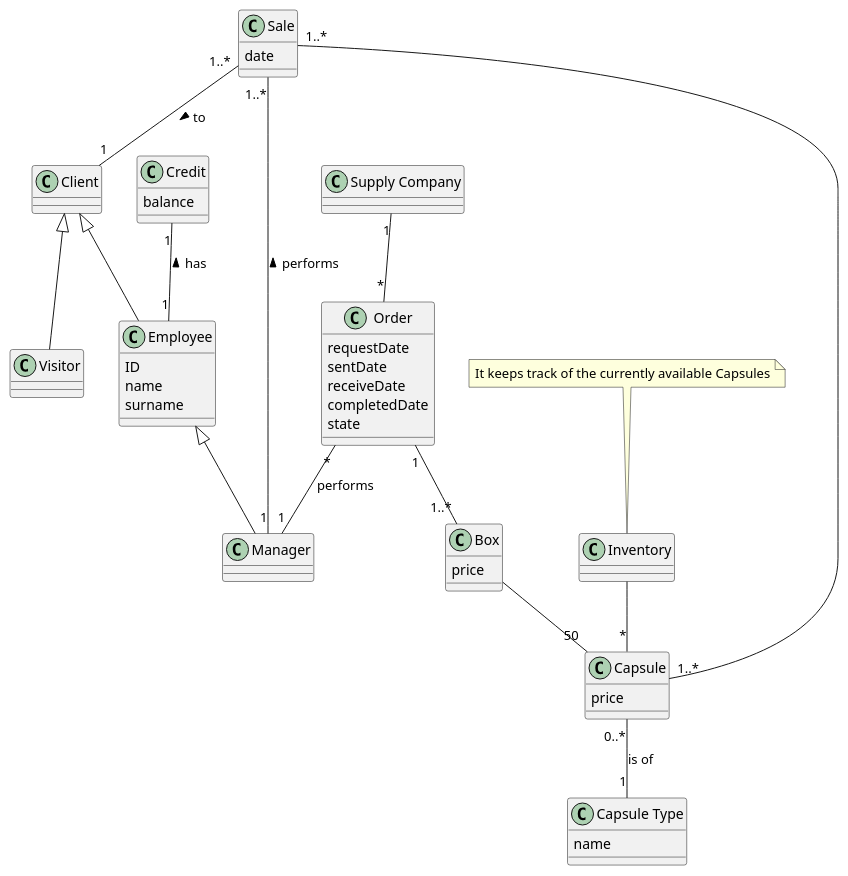
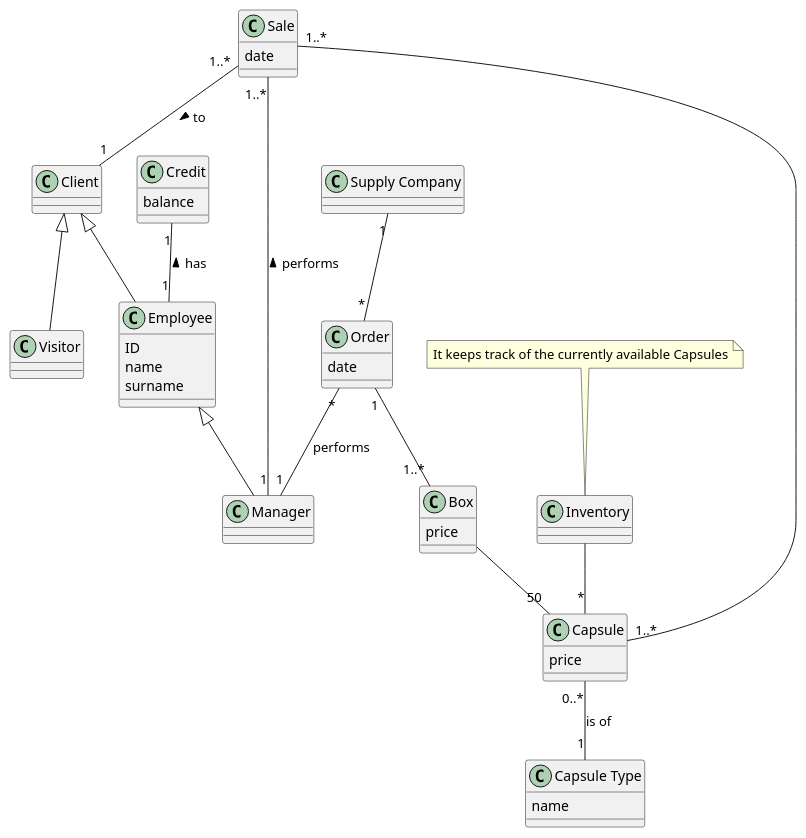
Before and after one commit to roypaulin/laTazza: the third of 4 diagrams in Project/Requirements/RequirementDocument.md, drawn with PlantUML. The commit also changed other lines of this file, not shown here.

````diff
--- a/Project/Requirements/RequirementDocument.md
+++ b/Project/Requirements/RequirementDocument.md
@@ -329,70 +329,66 @@
 ```plantuml
 class Visitor{
 }
 
 class Employee{
 ID
 name
 surname
 }
 
 class Client{
 }
 
 class "Supply Company"{
 }
 
 class Manager{
 }
 
 class Credit{
 balance
 }
 class Capsule{
 price
 }
 
 class "Capsule Type"{
 name
 }
 class Box {
 price
 }
 
 
 class Inventory{
 }
 
 class Sale{
 date
 }
 
 class Order{
-requestDate
-sentDate
-receiveDate
-completedDate
-state
+date
 }
 
 Order "*" -- "1" Manager: performs
 Order "1" -- "1..*" Box
 "Supply Company" "1" -- "*" Order 
 
 Sale "1..*" -- "1" Manager: performs <
 Sale "1..*" -- "1" Client: to >
 Sale "1..*" -- "1..*" Capsule 
 
 Credit "1" -- "1" Employee: has <
 Box -- “50” Capsule
 Inventory -- "*" Capsule
 
 Client <|-- Employee
 Client <|-- Visitor
 
 Employee <|-- Manager
 
 Capsule "0..*" -- "1" "Capsule Type": is of
 
 note top of Inventory: It keeps track of the currently available Capsules
 ```
````
